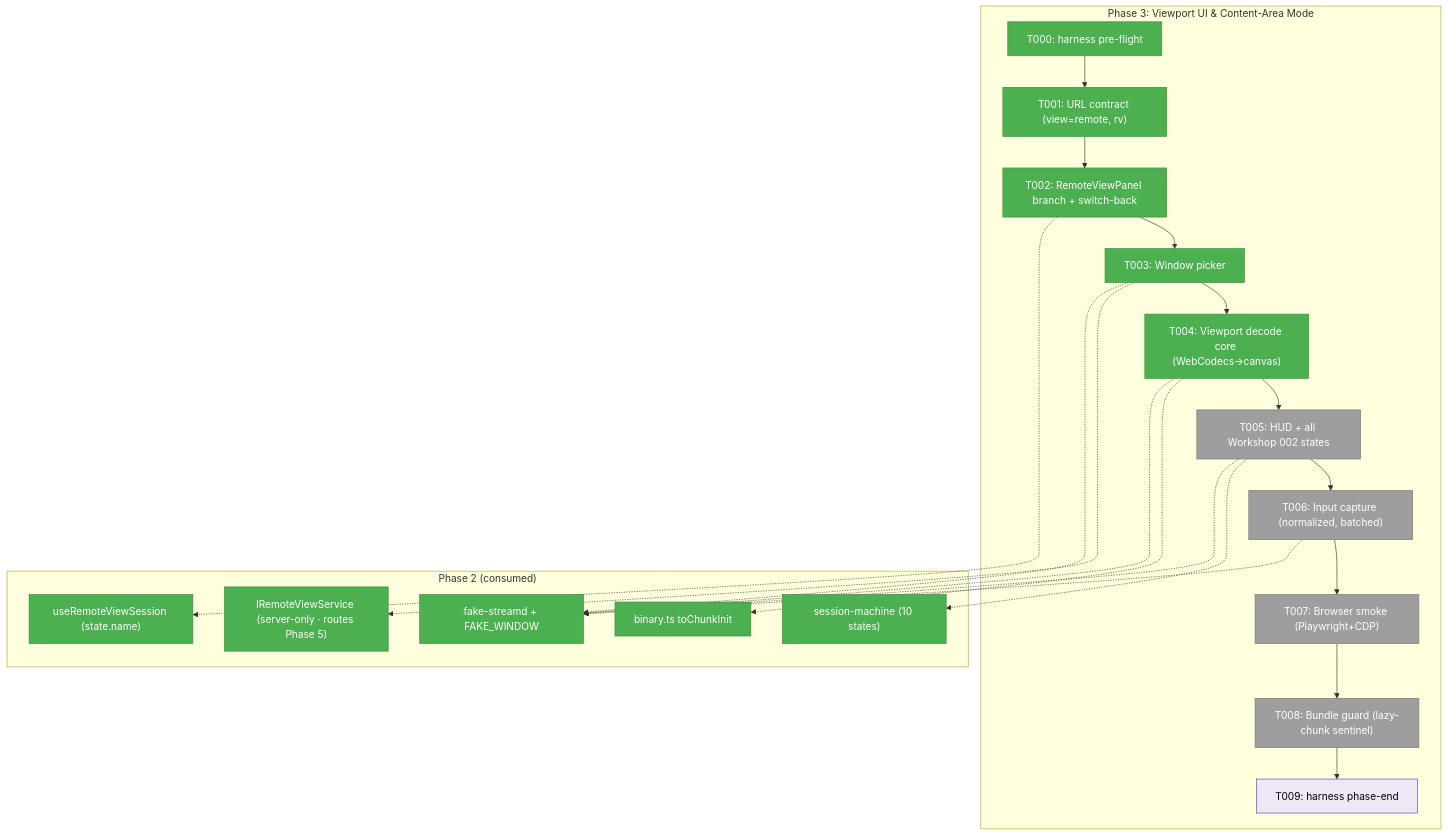
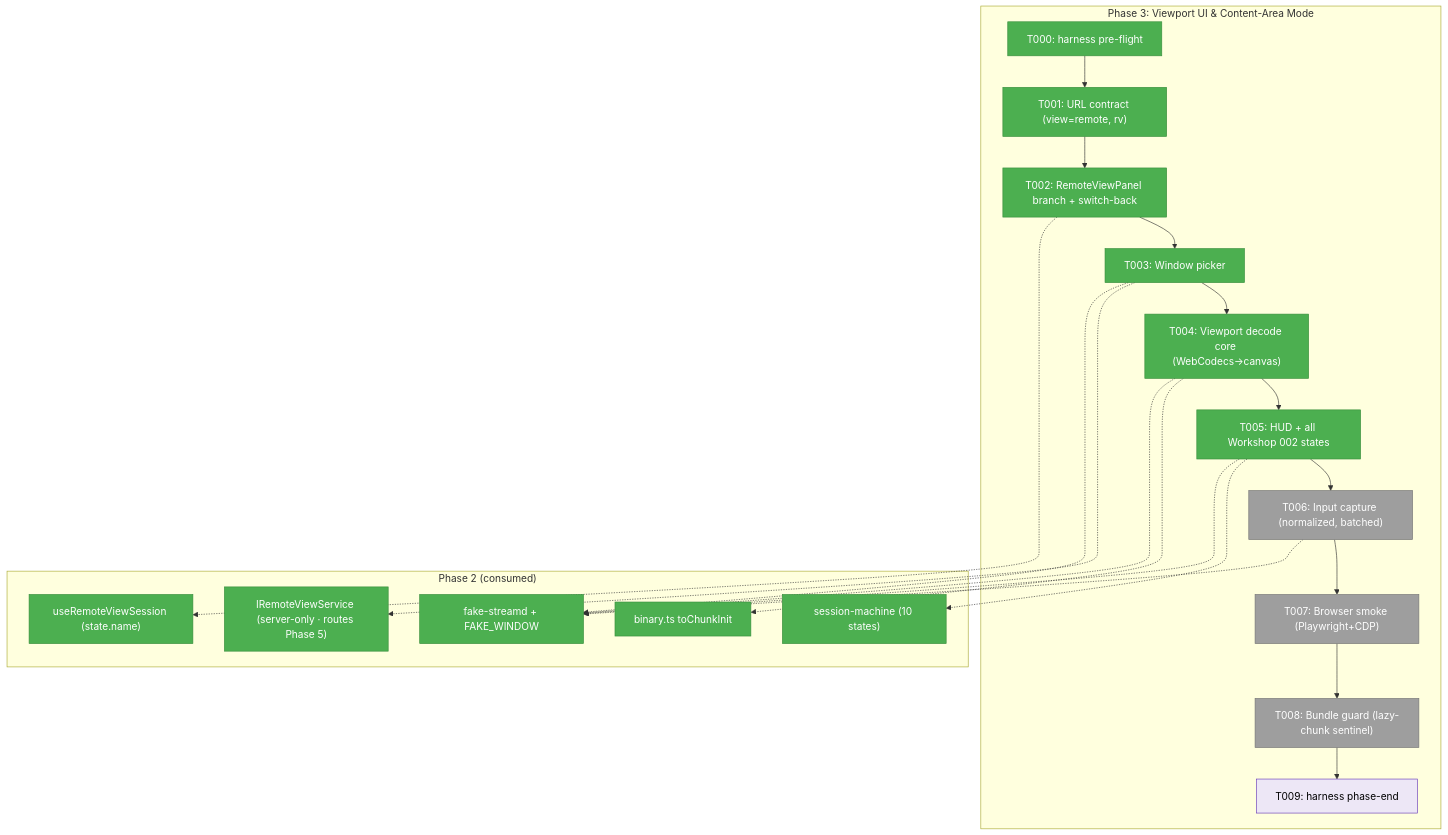
One commit to AI-Substrate/chainglass changed the first of 3 diagrams in docs/plans/088-remote-app-view/tasks/phase-3-viewport-ui-content-area-mode/tasks.md. Above: the diagram before and after it, drawn with Mermaid. The commit also changed other lines of this file and 6 other files, not shown here.

First line of the commit message:
feat(remote-view): T005 HUD + all Workshop-002 state chrome (Plan 088 Phase 3)

````diff
--- a/docs/plans/088-remote-app-view/tasks/phase-3-viewport-ui-content-area-mode/tasks.md
+++ b/docs/plans/088-remote-app-view/tasks/phase-3-viewport-ui-content-area-mode/tasks.md
@@ -90,36 +90,36 @@
 ```mermaid
 flowchart TD
     classDef pending fill:#9E9E9E,stroke:#757575,color:#fff
     classDef wip fill:#FF9800,stroke:#F57C00,color:#000
     classDef done fill:#4CAF50,stroke:#388E3C,color:#fff
     classDef seam fill:#EDE7F6,stroke:#673AB7,color:#000
     classDef reuse fill:#4CAF50,stroke:#388E3C,color:#fff
 
     subgraph Phase["Phase 3: Viewport UI & Content-Area Mode"]
         T000["T000: harness pre-flight"]:::done
         T001["T001: URL contract (view=remote, rv)"]:::done
         T002["T002: RemoteViewPanel branch + switch-back"]:::done
         T003["T003: Window picker"]:::done
         T004["T004: Viewport decode core (WebCodecs→canvas)"]:::done
-        T005["T005: HUD + all Workshop 002 states"]:::pending
+        T005["T005: HUD + all Workshop 002 states"]:::done
         T006["T006: Input capture (normalized, batched)"]:::pending
         T007["T007: Browser smoke (Playwright+CDP)"]:::pending
         T008["T008: Bundle guard (lazy-chunk sentinel)"]:::pending
         T009["T009: harness phase-end"]:::seam
         T000 --> T001 --> T002 --> T003 --> T004 --> T005 --> T006 --> T007 --> T008 --> T009
     end
 
     subgraph Reuse["Phase 2 (consumed)"]
         H["useRemoteViewSession (state.name)"]:::reuse
         FSM["session-machine (10 states)"]:::reuse
         BIN["binary.ts toChunkInit"]:::reuse
         SVC["IRemoteViewService (server-only · routes Phase 5)"]:::reuse
         FAKE["fake-streamd + FAKE_WINDOW"]:::reuse
     end
 
     T002 -.-> H
     T003 -.-> SVC
     T004 -.-> BIN
     T005 -.-> FSM
     T003 & T004 & T005 & T006 -.-> FAKE
 ```
````
